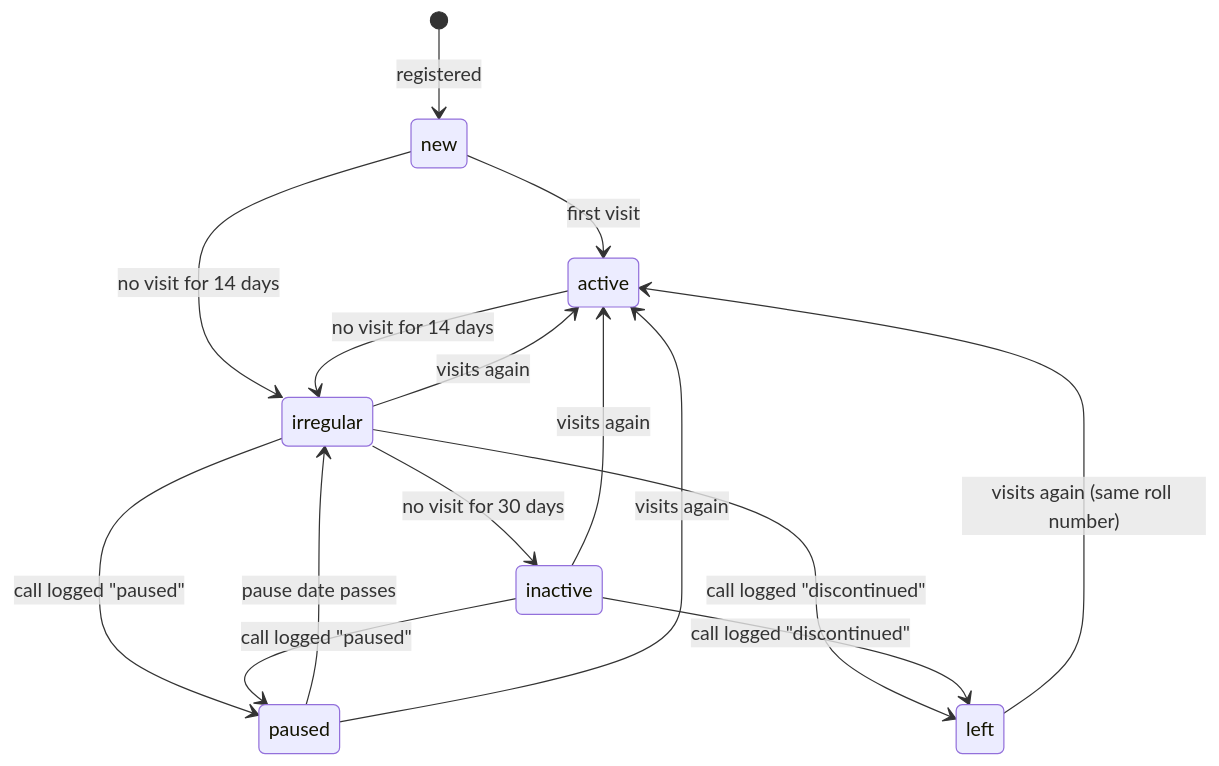
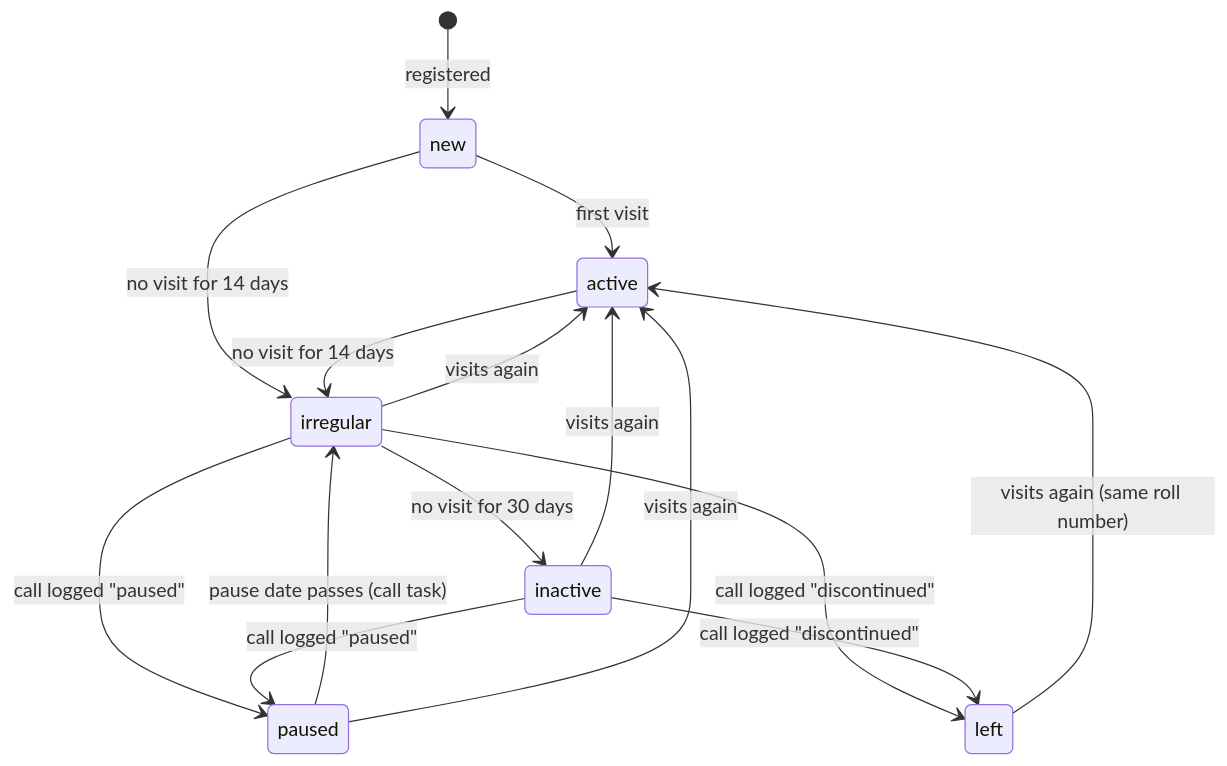
One commit to Praviadari/mridanga-seva changed the diagram in docs/DATABASE.md. Above: the diagram before and after it, drawn with Mermaid. The commit also changed other lines of this file and 9 other files, not shown here.

Commit message:
Round 10 docs: DECISIONS #104-#111, DATABASE, SCREENS, ARCHITECTURE, TRANSLATIONS, guide

````diff
--- a/docs/DATABASE.md
+++ b/docs/DATABASE.md
@@ -74,17 +75,17 @@
 ```mermaid
 stateDiagram-v2
   [*] --> new: registered
   new --> active: first visit
   new --> irregular: no visit for 14 days
   active --> irregular: no visit for 14 days
   irregular --> active: visits again
   irregular --> inactive: no visit for 30 days
   irregular --> paused: call logged "paused"
   irregular --> left: call logged "discontinued"
   inactive --> paused: call logged "paused"
   inactive --> left: call logged "discontinued"
-  paused --> irregular: pause date passes
+  paused --> irregular: pause date passes (call task)
   inactive --> active: visits again
   paused --> active: visits again
   left --> active: visits again (same roll number)
 ```
````
